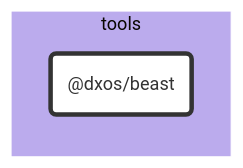
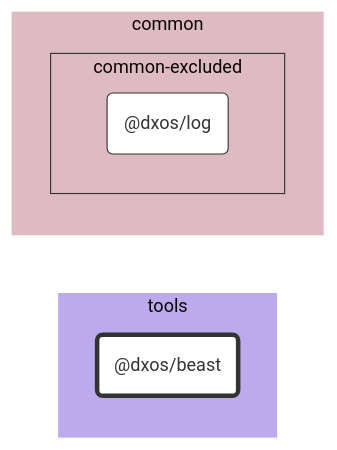
One commit to dxos/dxos changed the diagram in tools/beast/docs/README.md. Above: the diagram before and after it, drawn with Mermaid (base theme). The commit also changed 69 other files, not shown here.

````diff
--- a/tools/beast/docs/README.md
+++ b/tools/beast/docs/README.md
@@ -7,20 +7,30 @@
 ```mermaid
 %%{ init: {'flowchart':{'curve':'basis'}} }%%
 
 flowchart LR
 
 %% Classes
 classDef def fill:#fff,stroke:#333,stroke-width:1px
 classDef root fill:#fff,stroke:#333,stroke-width:4px
 
 %% Nodes
 
 subgraph tools [tools]
   style tools fill:#bbabed,stroke:#fff
   dxos/beast("@dxos/beast"):::root
   click dxos/beast "dxos/dxos/tree/main/tools/beast/docs"
 end
 
+subgraph common [common]
+  style common fill:#debac2,stroke:#fff
+
+  subgraph common-excluded [common-excluded]
+    style common-excluded fill:#debac2,stroke:#333,stroke-dashed:5 5
+    dxos/log("@dxos/log"):::def
+    click dxos/log "dxos/dxos/tree/main/packages/common/log/docs"
+  end
+end
+
 %% Links
 linkStyle default stroke:#333,stroke-width:1px
 ```
````
